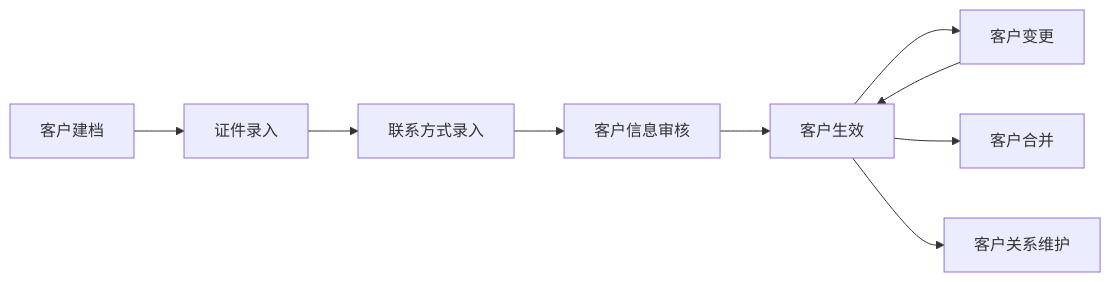
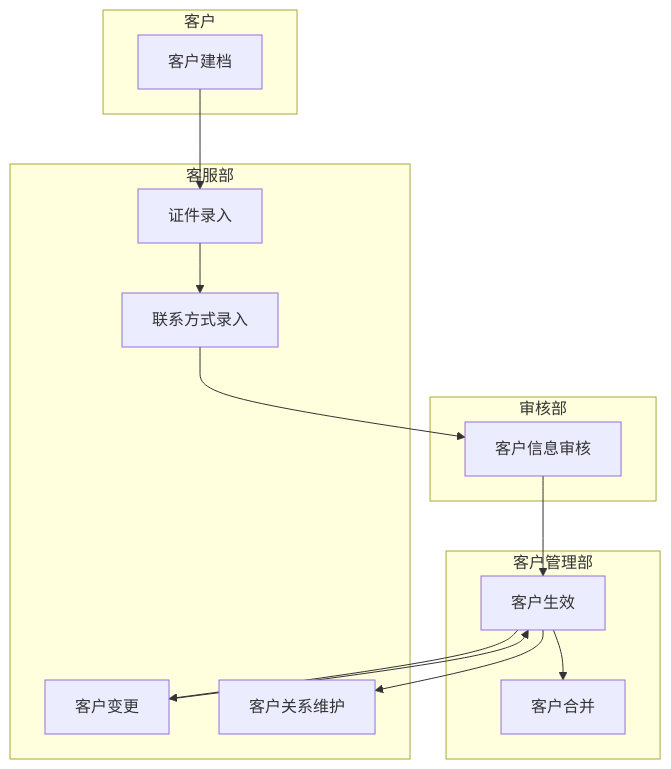
Before and after one commit to Niliria/data-skills: the fifth of 9 diagrams in Data-Profiling/references/insurance-examples.md, drawn with Mermaid. The commit also changed other lines of this file and 8 other files, not shown here.

````diff
--- a/Data-Profiling/references/insurance-examples.md
+++ b/Data-Profiling/references/insurance-examples.md
@@ -122,11 +218,27 @@
 ```mermaid
-flowchart LR
-    A[客户建档] --> B[证件录入]
-    B --> C[联系方式录入]
-    C --> D[客户信息审核]
-    D --> E[客户生效]
-    E --> F[客户变更]
-    E --> G[客户合并]
-    E --> H[客户关系维护]
+flowchart TB
+    subgraph 客户
+        A[客户建档]
+    end
+    subgraph 客服部
+        B[证件录入]
+        C[联系方式录入]
+        F[客户变更]
+        H[客户关系维护]
+    end
+    subgraph 审核部
+        D[客户信息审核]
+    end
+    subgraph 客户管理部
+        E[客户生效]
+        G[客户合并]
+    end
+    A --> B
+    B --> C
+    C --> D
+    D --> E
+    E --> F
+    E --> G
+    E --> H
     F --> E
 ```
````
